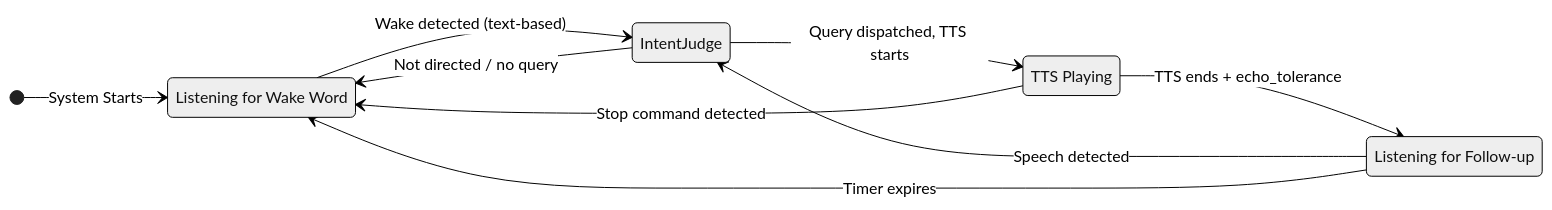
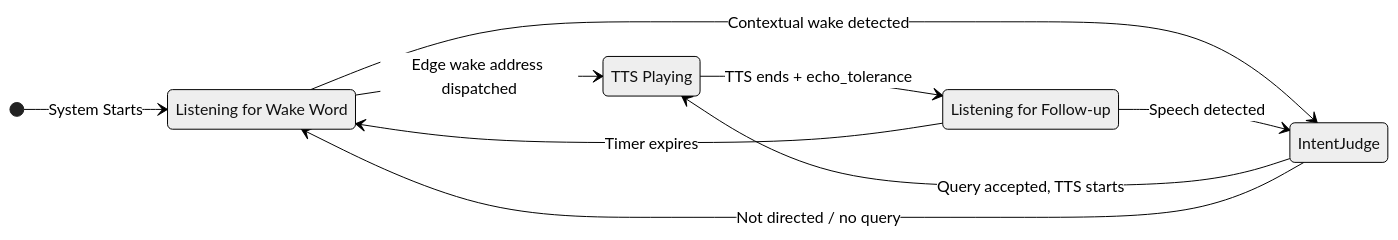
One commit to fg618455-droid/jarvis changed the diagram in src/jarvis/listening/listening.spec.md. Above: the diagram before and after it, drawn with Mermaid (neutral theme). The commit also changed other lines of this file and 21 other files, not shown here.

````diff
--- a/src/jarvis/listening/listening.spec.md
+++ b/src/jarvis/listening/listening.spec.md
@@ -330,17 +325,17 @@
 ```mermaid
 stateDiagram-v2
     direction LR
     [*] --> WakeWord: System Starts
 
     WakeWord: Listening for Wake Word
     HotWindow: Listening for Follow-up
     DuringTTS: TTS Playing
 
-    WakeWord --> IntentJudge: Wake detected (text-based)
-    IntentJudge --> DuringTTS: Query dispatched, TTS starts
+    WakeWord --> DuringTTS: Edge wake address dispatched
+    WakeWord --> IntentJudge: Contextual wake detected
+    IntentJudge --> DuringTTS: Query accepted, TTS starts
     IntentJudge --> WakeWord: Not directed / no query
     DuringTTS --> HotWindow: TTS ends + echo_tolerance
     HotWindow --> IntentJudge: Speech detected
     HotWindow --> WakeWord: Timer expires
-    DuringTTS --> WakeWord: Stop command detected
 ```
````
